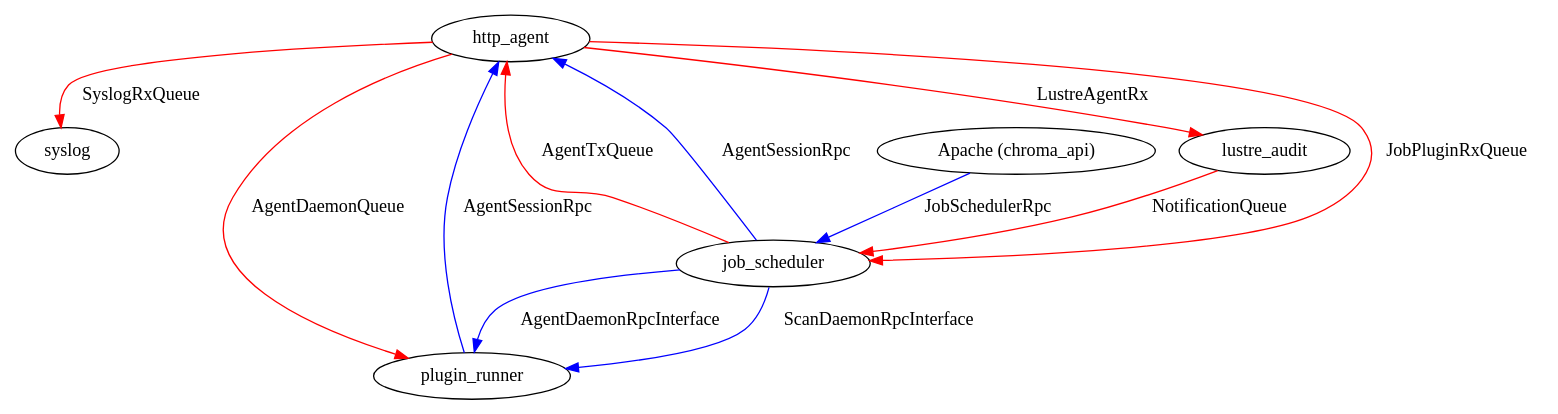
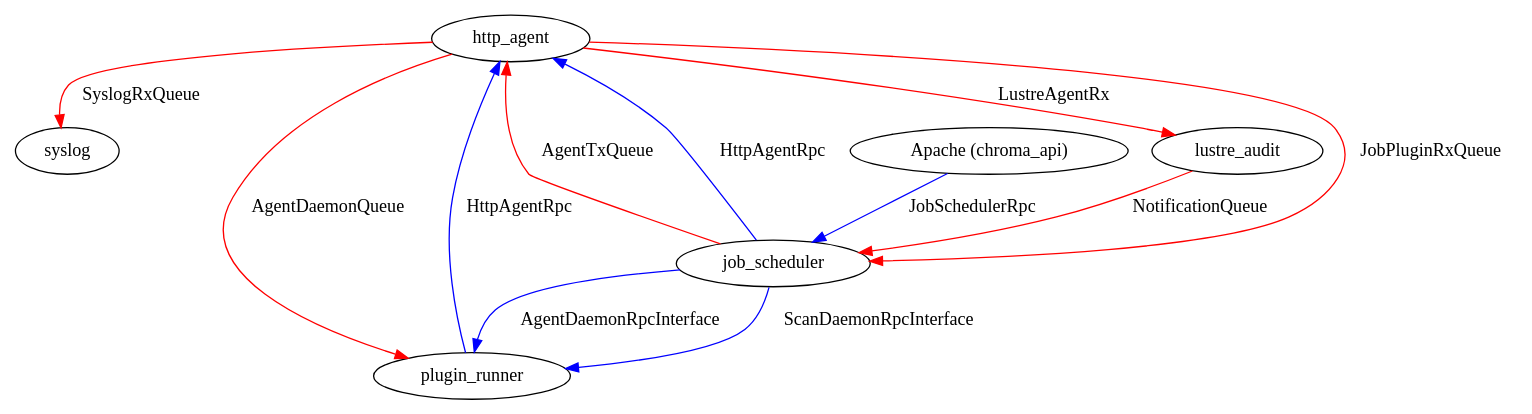
Before and after one commit to whamcloud/integrated-manager-for-lustre: the fifth of 5 diagrams in chroma-manager/docs/internals/manager/dataflow.rst, drawn with Graphviz. The commit also changed 13 other files, not shown here.

```diff
--- a/chroma-manager/docs/internals/manager/dataflow.rst
+++ b/chroma-manager/docs/internals/manager/dataflow.rst
@@ -93,16 +93,16 @@
 .. graphviz::
 
     digraph all_ipc {
        http_agent -> syslog [label="SyslogRxQueue",color=red]
        http_agent -> plugin_runner [label="AgentDaemonQueue",color=red]
        http_agent -> lustre_audit [label="LustreAgentRx",color=red]
        lustre_audit -> job_scheduler [label="NotificationQueue",color=red]
        job_scheduler -> http_agent [label="AgentTxQueue",color=red]
        http_agent -> job_scheduler [label="JobPluginRxQueue",color=red]
 
-       plugin_runner -> http_agent [label="AgentSessionRpc",color=blue]
-       job_scheduler -> http_agent [label="AgentSessionRpc",color=blue]
+       plugin_runner -> http_agent [label="HttpAgentRpc",color=blue]
+       job_scheduler -> http_agent [label="HttpAgentRpc",color=blue]
        "Apache (chroma_api)" -> job_scheduler [label="JobSchedulerRpc",color=blue]
        job_scheduler -> plugin_runner [label="AgentDaemonRpcInterface",color=blue]
        job_scheduler -> plugin_runner [label="ScanDaemonRpcInterface",color=blue]
     }
```
